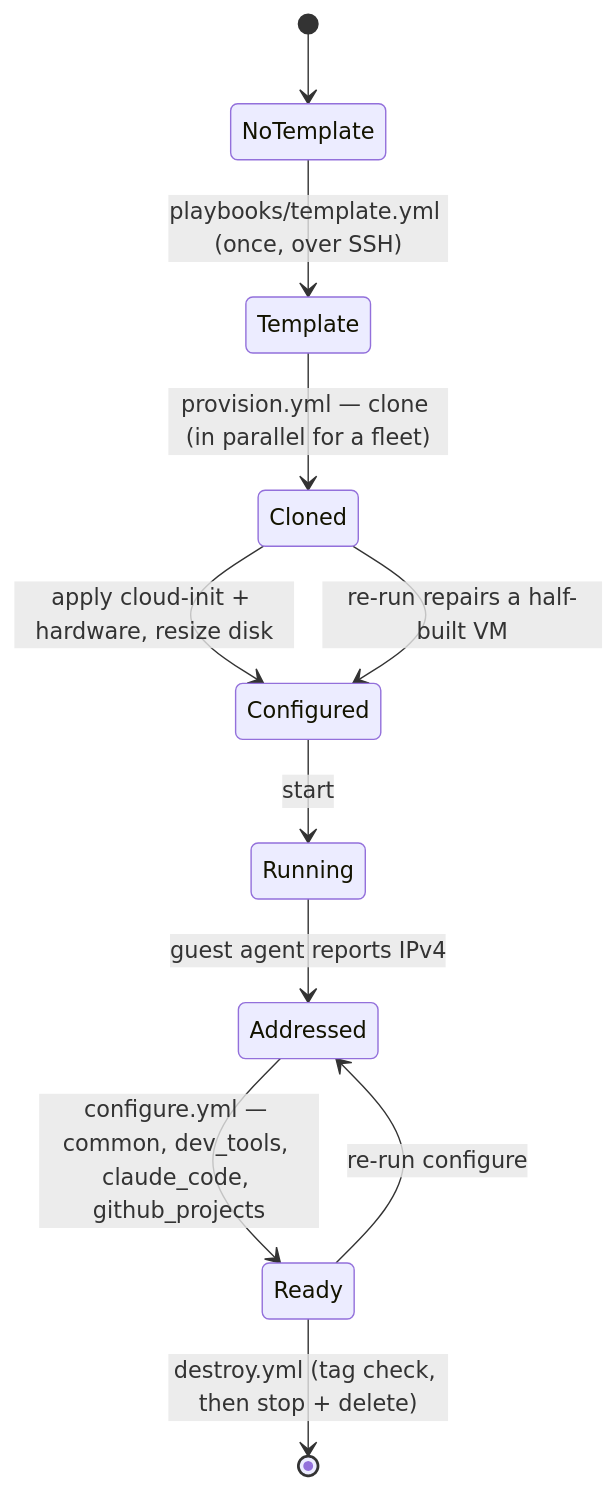
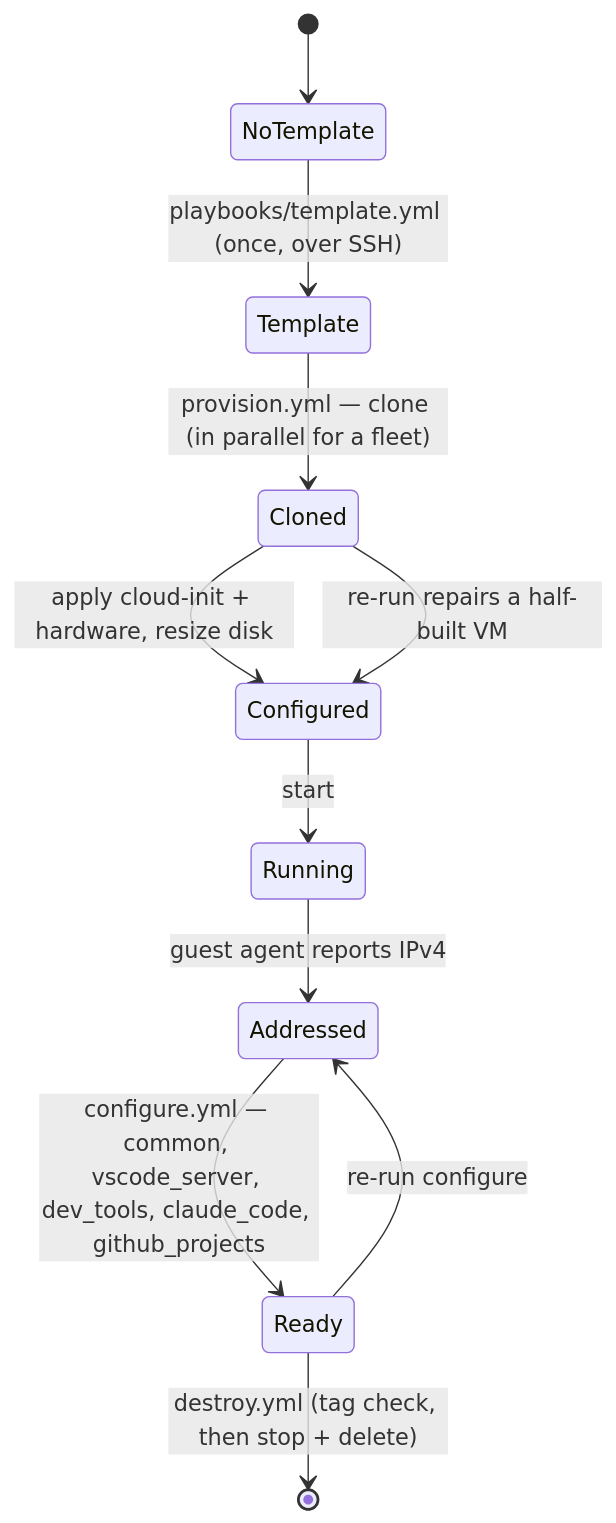
One commit to kawadeomkar/claude-on-proxmox changed the second of 3 diagrams in ARCHITECTURE.md. Above: the diagram before and after it, drawn with Mermaid. The commit also changed other lines of this file and 4 other files, not shown here.

````diff
--- a/ARCHITECTURE.md
+++ b/ARCHITECTURE.md
@@ -133,13 +138,13 @@
 ```mermaid
 stateDiagram-v2
     [*] --> NoTemplate
     NoTemplate --> Template: playbooks/template.yml (once, over SSH)
     Template --> Cloned: provision.yml — clone (in parallel for a fleet)
     Cloned --> Configured: apply cloud-init + hardware, resize disk
     Configured --> Running: start
     Running --> Addressed: guest agent reports IPv4
-    Addressed --> Ready: configure.yml — common, dev_tools, claude_code, github_projects
+    Addressed --> Ready: configure.yml — common, vscode_server, dev_tools, claude_code, github_projects
     Ready --> Addressed: re-run configure
     Ready --> [*]: destroy.yml (tag check, then stop + delete)
     Cloned --> Configured: re-run repairs a half-built VM
 ```
````
